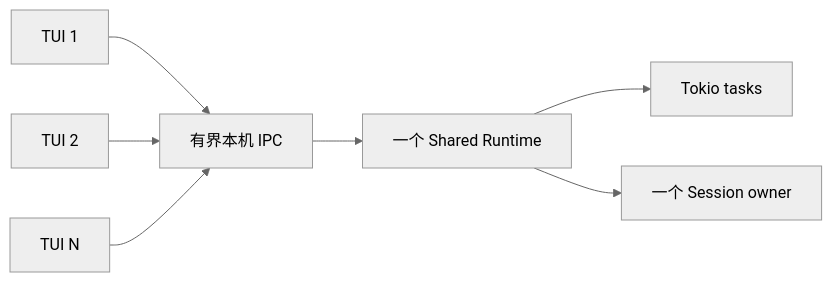
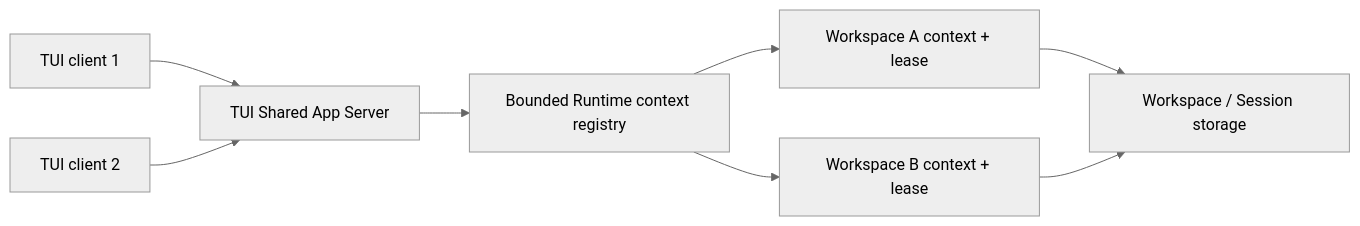
Before and after one commit to GCWing/BitFun: the fifth of 6 diagrams in docs/architecture/agent-runtime-deployment-design.md, drawn with Mermaid (neutral theme). The commit also changed other lines of this file and 15 other files, not shown here.

Commit message:
feat(doct): add app server design

````diff
--- a/docs/architecture/agent-runtime-deployment-design.md
+++ b/docs/architecture/agent-runtime-deployment-design.md
@@ -240,9 +170,10 @@
 ```mermaid
 flowchart LR
-  T1["TUI 1"] --> IPC["有界本机 IPC"]
-  T2["TUI 2"] --> IPC
-  TN["TUI N"] --> IPC
-  IPC --> Runtime["一个 Shared Runtime"]
-  Runtime --> Tasks["Tokio tasks"]
-  Runtime --> Owner["一个 Session owner"]
+  TUI1["TUI client 1"] --> App["TUI Shared App Server"]
+  TUI2["TUI client 2"] --> App
+  App --> Contexts["Bounded Runtime context registry"]
+  Contexts --> W1["Workspace A context + lease"]
+  Contexts --> W2["Workspace B context + lease"]
+  W1 --> Data["Workspace / Session storage"]
+  W2 --> Data
 ```
````
